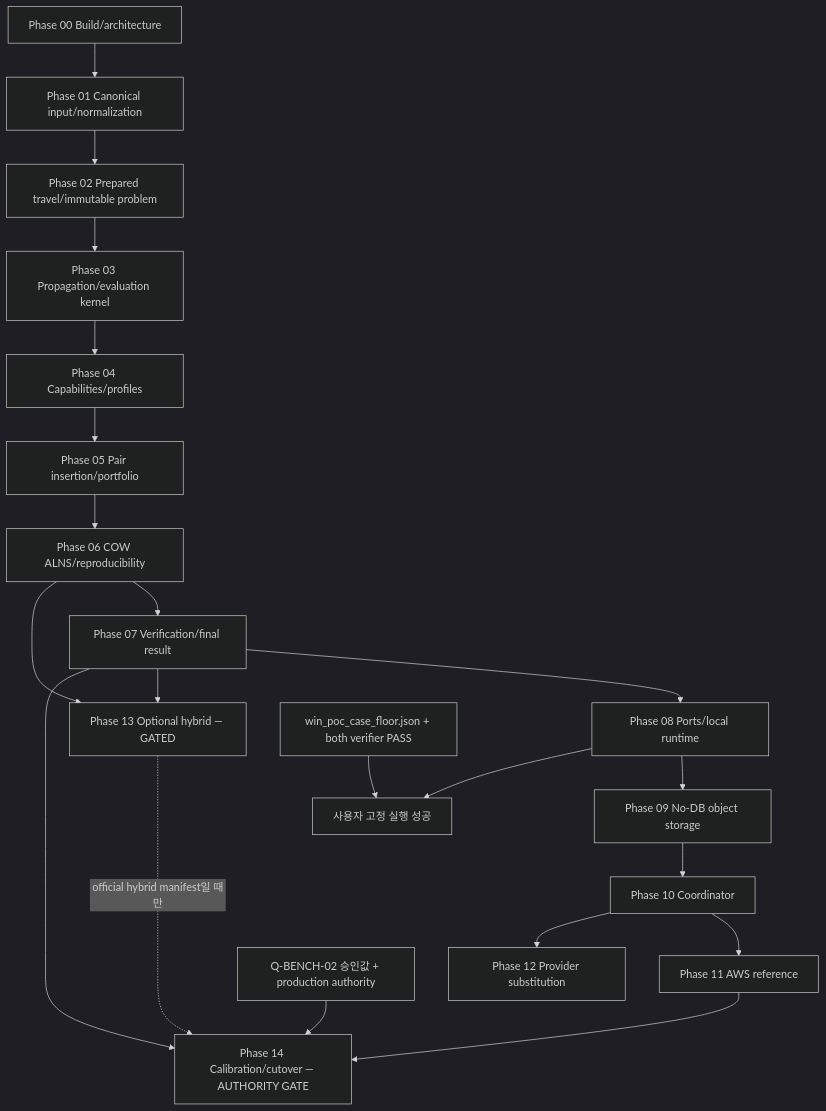
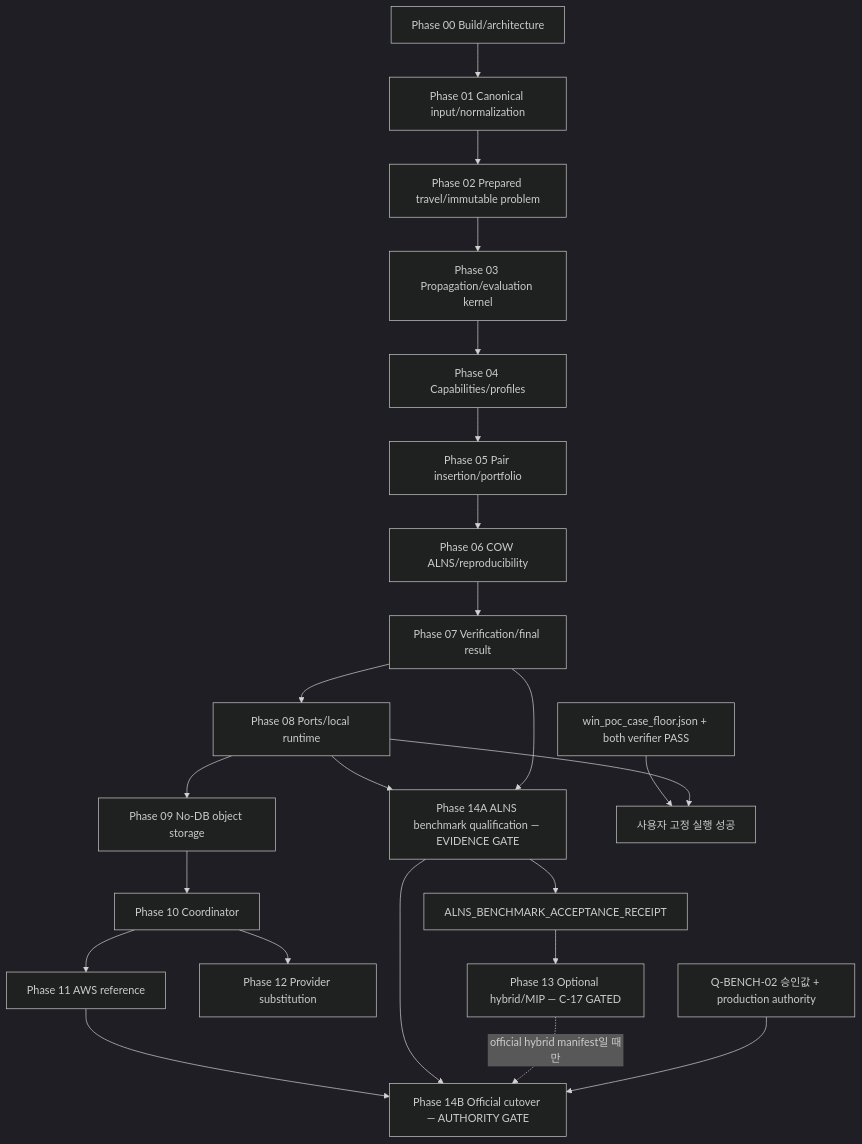
One commit to drimdrim2002/ro-next changed the diagram in docs/implementation/master-realization-plan.md. Above: the diagram before and after it, drawn with Mermaid (dark theme). The commit also changed other lines of this file and 32 other files, not shown here.

Commit message:
docs: gate optional MIP behind ALNS benchmark evidence

````diff
--- a/docs/implementation/master-realization-plan.md
+++ b/docs/implementation/master-realization-plan.md
@@ -215,23 +252,25 @@
 ```mermaid
 flowchart TD
     P00["Phase 00 Build/architecture"] --> P01["Phase 01 Canonical input/normalization"]
     P01 --> P02["Phase 02 Prepared travel/immutable problem"]
     P02 --> P03["Phase 03 Propagation/evaluation kernel"]
     P03 --> P04["Phase 04 Capabilities/profiles"]
     P04 --> P05["Phase 05 Pair insertion/portfolio"]
     P05 --> P06["Phase 06 COW ALNS/reproducibility"]
     P06 --> P07["Phase 07 Verification/final result"]
     P07 --> P08["Phase 08 Ports/local runtime"]
     P08 --> P09["Phase 09 No-DB object storage"]
     P09 --> P10["Phase 10 Coordinator"]
     P10 --> P11["Phase 11 AWS reference"]
     P10 --> P12["Phase 12 Provider substitution"]
-    P06 --> P13["Phase 13 Optional hybrid — GATED"]
-    P07 --> P13
-    P11 --> P14["Phase 14 Calibration/cutover — AUTHORITY GATE"]
-    P07 --> P14
-    P13 -. "official hybrid manifest일 때만" .-> P14
-    Q["Q-BENCH-02 승인값 + production authority"] --> P14
+    P08 --> P14A["Phase 14A ALNS benchmark qualification — EVIDENCE GATE"]
+    P07 --> P14A
+    P14A --> B["ALNS_BENCHMARK_ACCEPTANCE_RECEIPT"]
+    B --> P13["Phase 13 Optional hybrid/MIP — C-17 GATED"]
+    P11 --> P14B["Phase 14B Official cutover — AUTHORITY GATE"]
+    P14A --> P14B
+    P13 -. "official hybrid manifest일 때만" .-> P14B
+    Q["Q-BENCH-02 승인값 + production authority"] --> P14B
     F["win_poc_case_floor.json + both verifier PASS"] --> S["사용자 고정 실행 성공"]
     P08 --> S
 ```
````
